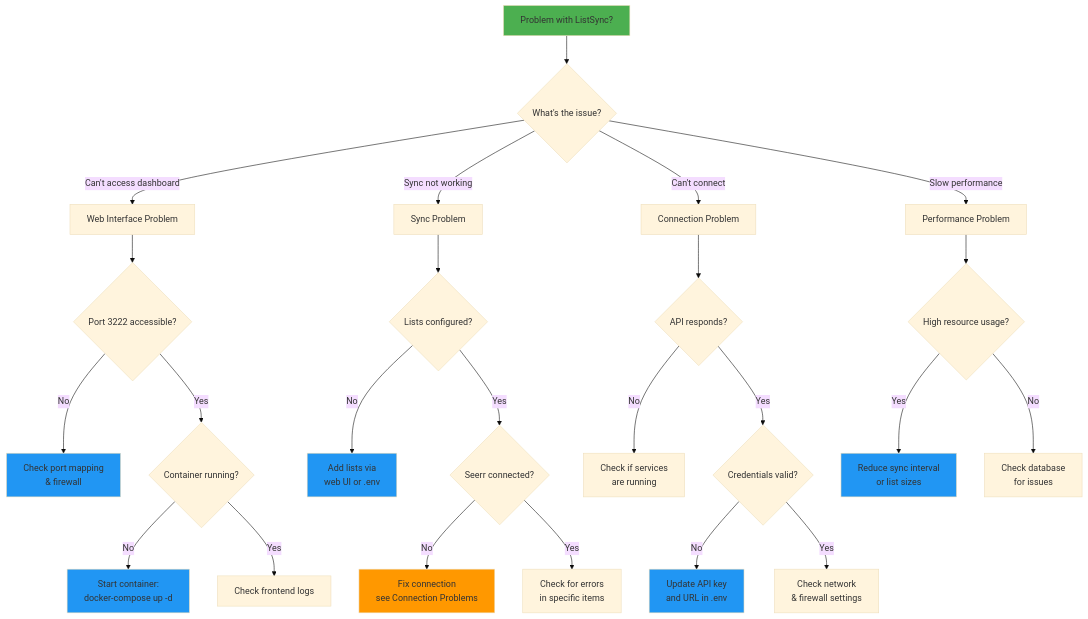
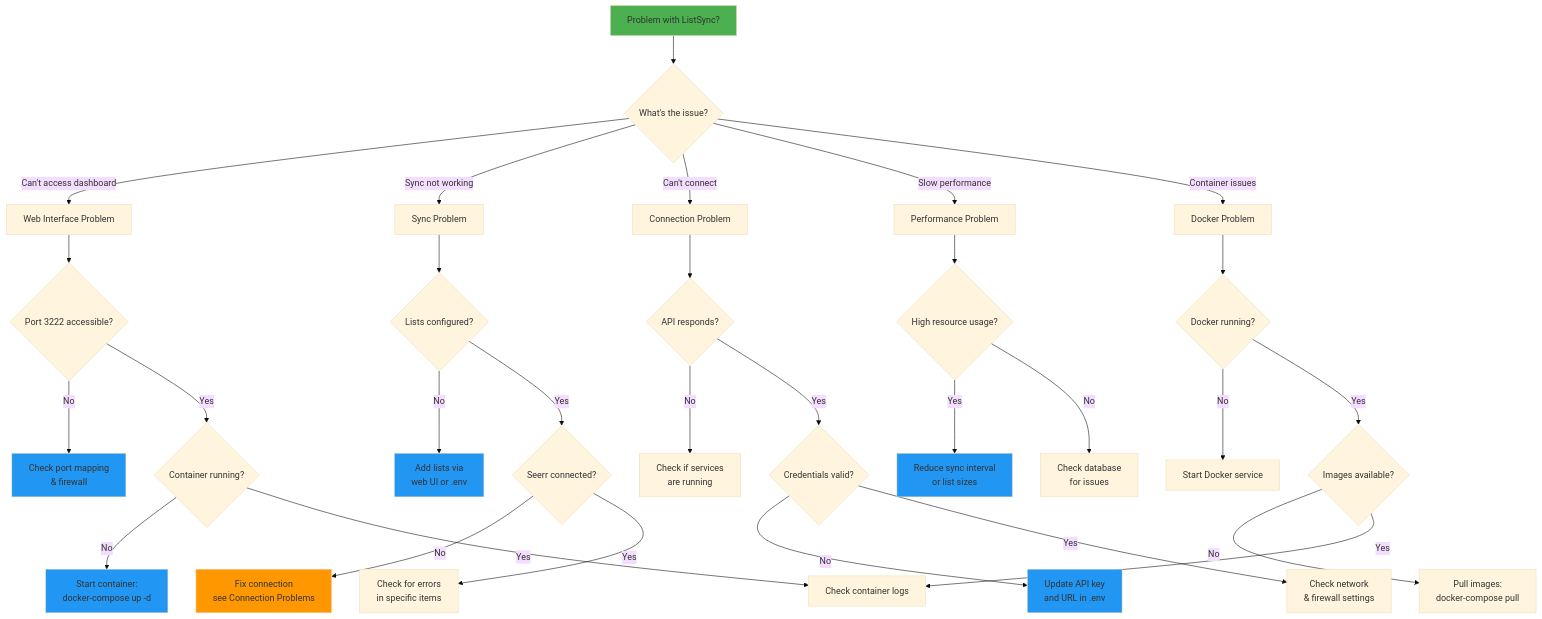
One commit to martynvdijke/listsync changed the first of 3 diagrams in docs/troubleshooting.md. Above: the diagram before and after it, drawn with Mermaid (base theme). The commit also changed other lines of this file and 21 other files, not shown here.

````diff
--- a/docs/troubleshooting.md
+++ b/docs/troubleshooting.md
@@ -23,39 +23,46 @@
 ```mermaid
 flowchart TD
     Start[Problem with ListSync?] --> CheckType{What's the issue?}
     
     CheckType -->|Can't access dashboard| WebIssue[Web Interface Problem]
     CheckType -->|Sync not working| SyncIssue[Sync Problem]
     CheckType -->|Can't connect| ConnIssue[Connection Problem]
     CheckType -->|Slow performance| PerfIssue[Performance Problem]
+    CheckType -->|Container issues| DockerIssue[Docker Problem]
     
     WebIssue --> CheckPort{Port 3222 accessible?}
     CheckPort -->|No| FixPort[Check port mapping<br/>& firewall]
     CheckPort -->|Yes| CheckContainer{Container running?}
     CheckContainer -->|No| StartContainer[Start container:<br/>docker-compose up -d]
     CheckContainer -->|Yes| CheckLogs[Check frontend logs]
     
     SyncIssue --> CheckLists{Lists configured?}
     CheckLists -->|No| AddLists[Add lists via<br/>web UI or .env]
     CheckLists -->|Yes| CheckOverseerr{Seerr connected?}
     CheckOverseerr -->|No| FixConnection[Fix connection<br/>see Connection Problems]
     CheckOverseerr -->|Yes| CheckItems[Check for errors<br/>in specific items]
     
     ConnIssue --> TestAPI{API responds?}
     TestAPI -->|No| CheckService[Check if services<br/>are running]
     TestAPI -->|Yes| CheckCreds{Credentials valid?}
     CheckCreds -->|No| UpdateCreds[Update API key<br/>and URL in .env]
     CheckCreds -->|Yes| CheckNetwork[Check network<br/>& firewall settings]
     
     PerfIssue --> CheckResources{High resource usage?}
     CheckResources -->|Yes| OptimizeResources[Reduce sync interval<br/>or list sizes]
     CheckResources -->|No| CheckDatabase[Check database<br/>for issues]
     
+    DockerIssue --> CheckDocker{Docker running?}
+    CheckDocker -->|No| StartDocker[Start Docker service]
+    CheckDocker -->|Yes| CheckImages{Images available?}
+    CheckImages -->|No| PullImages[Pull images:<br/>docker-compose pull]
+    CheckImages -->|Yes| CheckLogs[Check container logs]
+    
     style Start fill:#4CAF50
     style FixPort fill:#2196F3
     style StartContainer fill:#2196F3
     style AddLists fill:#2196F3
     style FixConnection fill:#FF9800
     style UpdateCreds fill:#2196F3
     style OptimizeResources fill:#2196F3
 ```
````
